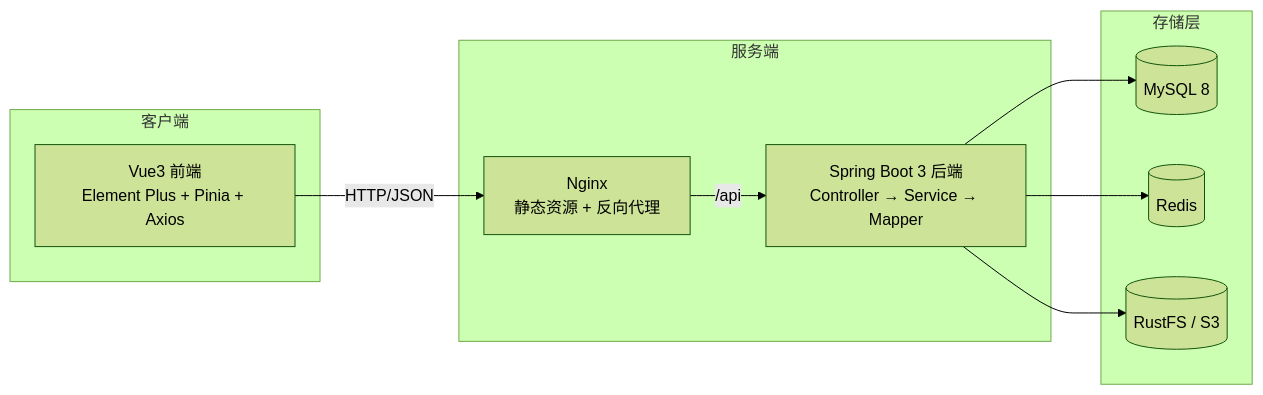
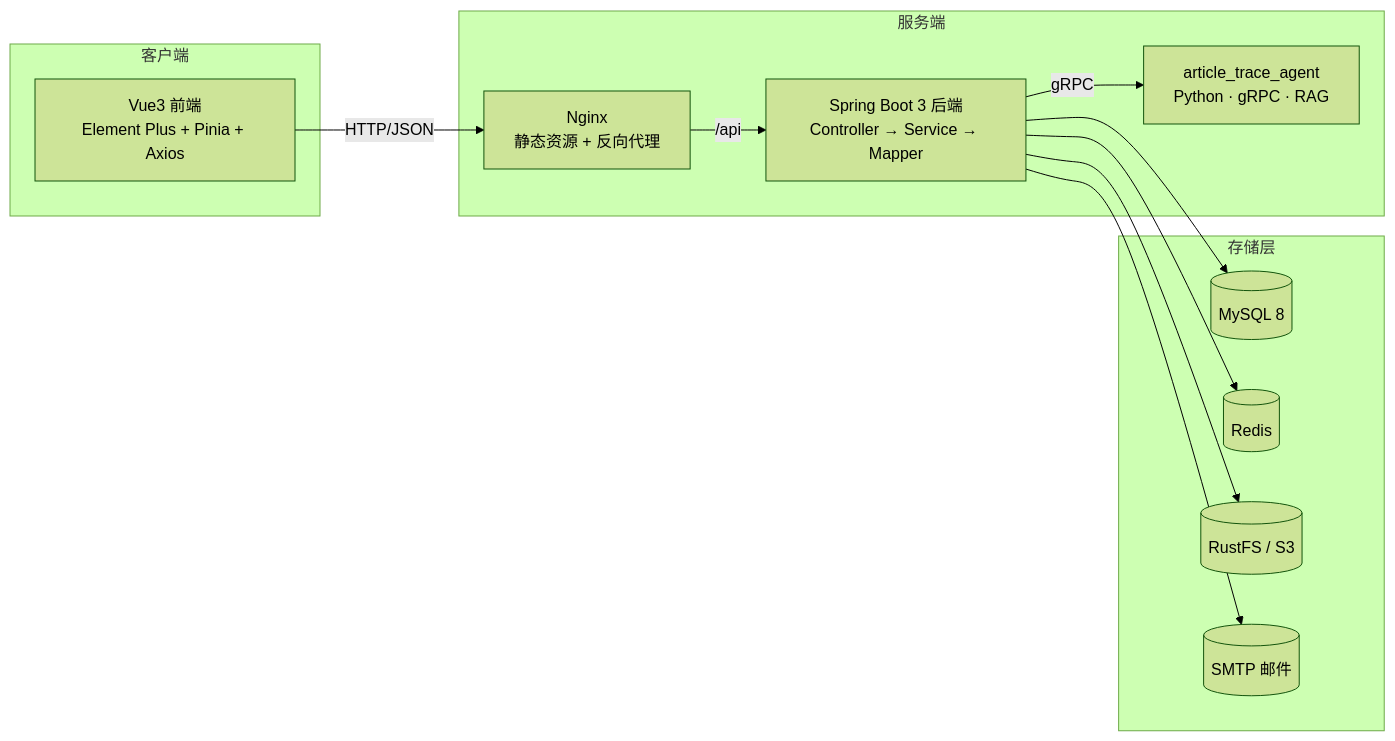
The diagram in README.md (apkdio/article_trace), drawn with Mermaid (forest theme) before and after one commit. The commit also changed other lines of this file and 2 other files, not shown here.

````diff
--- a/README.md
+++ b/README.md
@@ -59,20 +78,24 @@
 ```mermaid
 flowchart LR
     subgraph 客户端
         FE[Vue3 前端<br/>Element Plus + Pinia + Axios]
     end
     subgraph 服务端
         Nginx[Nginx<br/>静态资源 + 反向代理]
         BE[Spring Boot 3 后端<br/>Controller → Service → Mapper]
+        AGENT[article_trace_agent<br/>Python · gRPC · RAG]
     end
     subgraph 存储层
         MySQL[(MySQL 8)]
         Redis[(Redis)]
         RustFS[(RustFS / S3)]
+        SMTP[(SMTP 邮件)]
     end
     FE -->|HTTP/JSON| Nginx
     Nginx -->|/api| BE
+    BE -->|gRPC| AGENT
     BE --> MySQL
     BE --> Redis
     BE --> RustFS
+    BE --> SMTP
 ```
````
